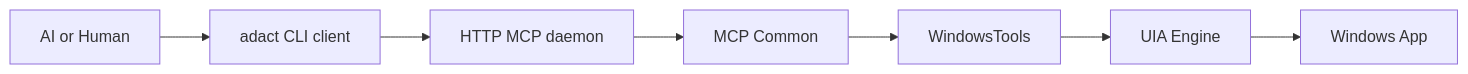
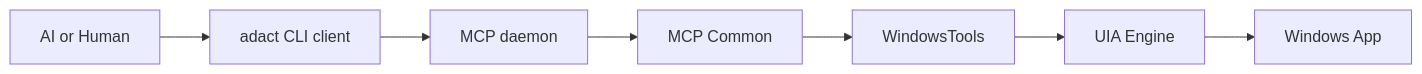
The diagram in docs/architecture/overview.md (84q/adact), drawn with Mermaid before and after one commit. The commit also changed other lines of this file and 262 other files, not shown here.

````diff
--- a/docs/architecture/overview.md
+++ b/docs/architecture/overview.md
@@ -5,15 +5,15 @@
 ```mermaid
 flowchart LR
   actor[AI or Human]
   cli[adact CLI client]
-  daemon[HTTP MCP daemon]
+  daemon[MCP daemon]
   common[MCP Common]
   tools[WindowsTools]
   engine[UIA Engine]
   app[Windows App]
 
   actor --> cli --> daemon --> common --> tools --> engine --> app
 
 
 
 ```
````
